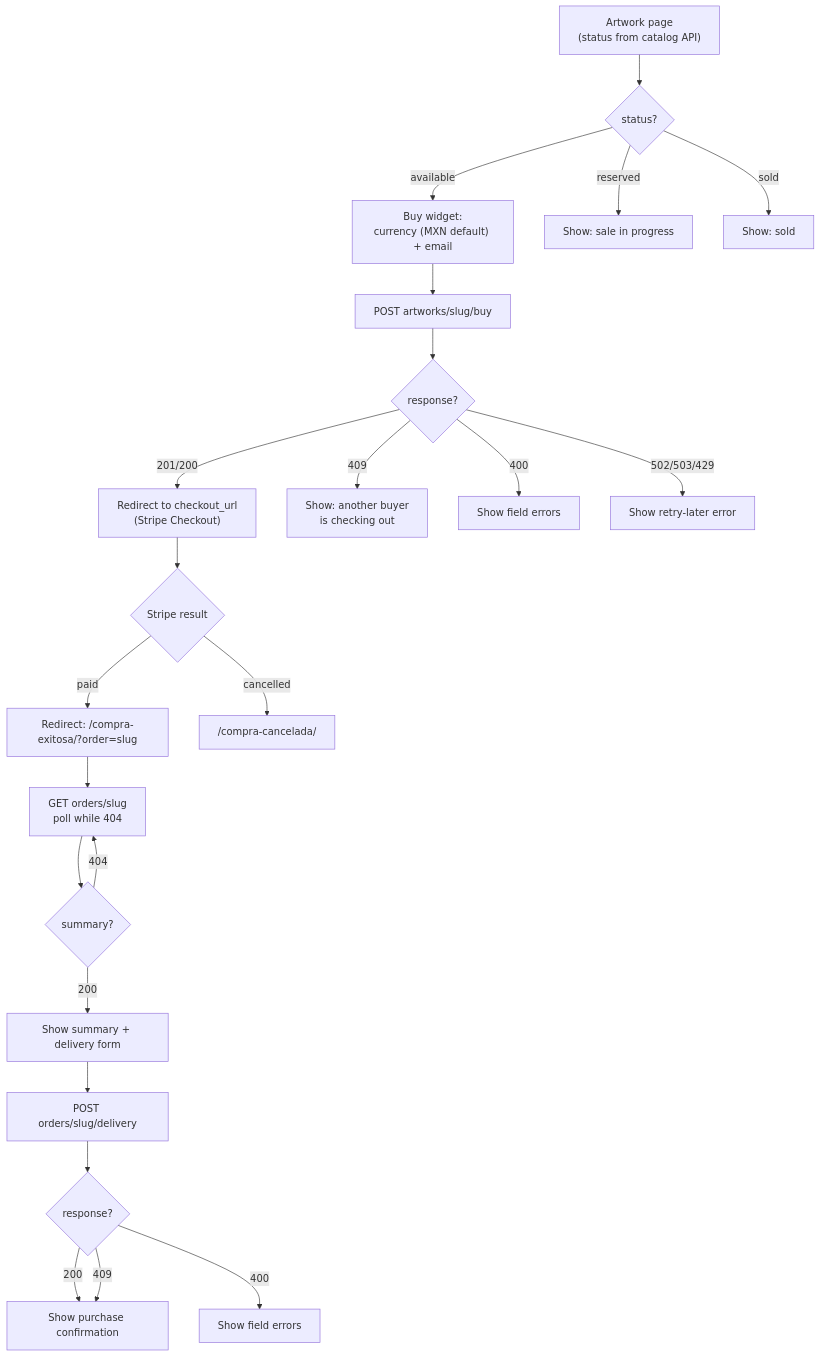
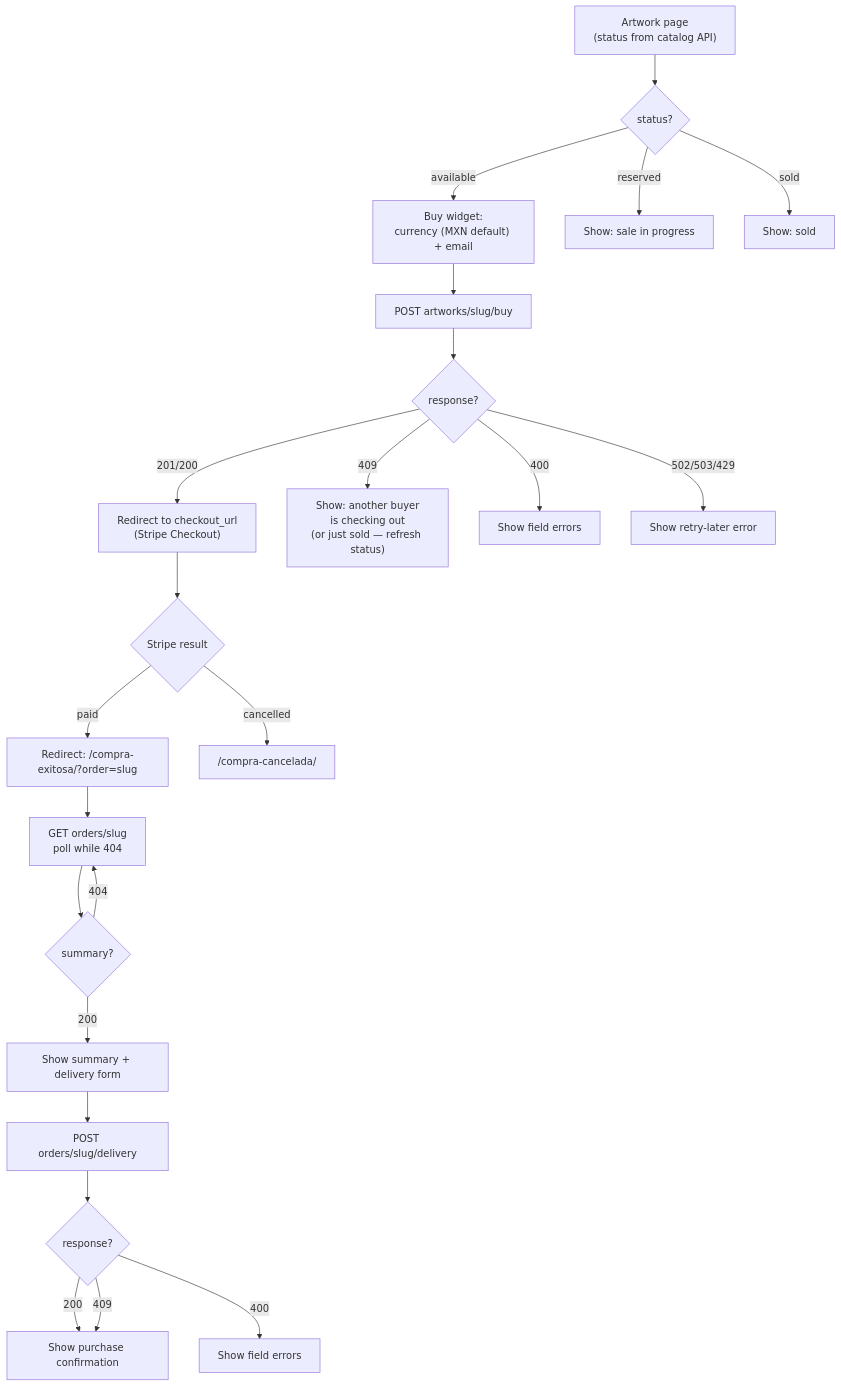
One commit to darideveloper/enredarte-dashboard changed the first of 3 diagrams in docs/artwork-sales.md. Above: the diagram before and after it, drawn with Mermaid. The commit also changed other lines of this file and 12 other files, not shown here.

````diff
--- a/docs/artwork-sales.md
+++ b/docs/artwork-sales.md
@@ -125,25 +133,25 @@
 ```mermaid
 flowchart TD
     A["Artwork page<br/>(status from catalog API)"] --> B{"status?"}
     B -- available --> C["Buy widget:<br/>currency (MXN default) + email"]
     B -- reserved --> Z1["Show: sale in progress"]
     B -- sold --> Z2["Show: sold"]
     C --> D["POST artworks/slug/buy"]
     D --> E{"response?"}
     E -- 201/200 --> F["Redirect to checkout_url<br/>(Stripe Checkout)"]
-    E -- 409 --> G["Show: another buyer<br/>is checking out"]
+    E -- 409 --> G["Show: another buyer<br/>is checking out<br/>(or just sold — refresh status)"]
     E -- 400 --> H["Show field errors"]
     E -- 502/503/429 --> I["Show retry-later error"]
     F --> J{"Stripe result"}
     J -- paid --> K["Redirect: /compra-exitosa/?order=slug"]
     J -- cancelled --> L["/compra-cancelada/"]
     K --> M["GET orders/slug<br/>poll while 404"]
     M --> N{"summary?"}
     N -- 200 --> O["Show summary + delivery form"]
     N -- 404 --> M
     O --> P["POST orders/slug/delivery"]
     P --> Q{"response?"}
     Q -- 200 --> R["Show purchase confirmation"]
     Q -- 409 --> R
     Q -- 400 --> S["Show field errors"]
 ```
````
